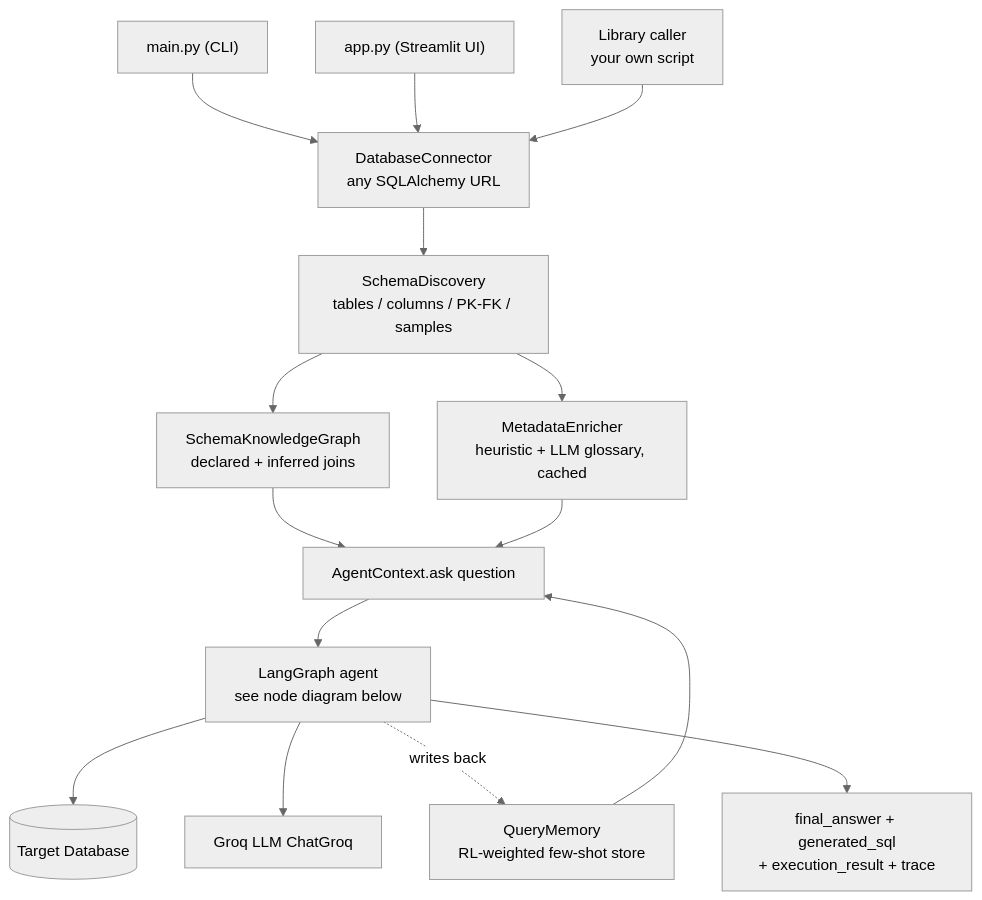
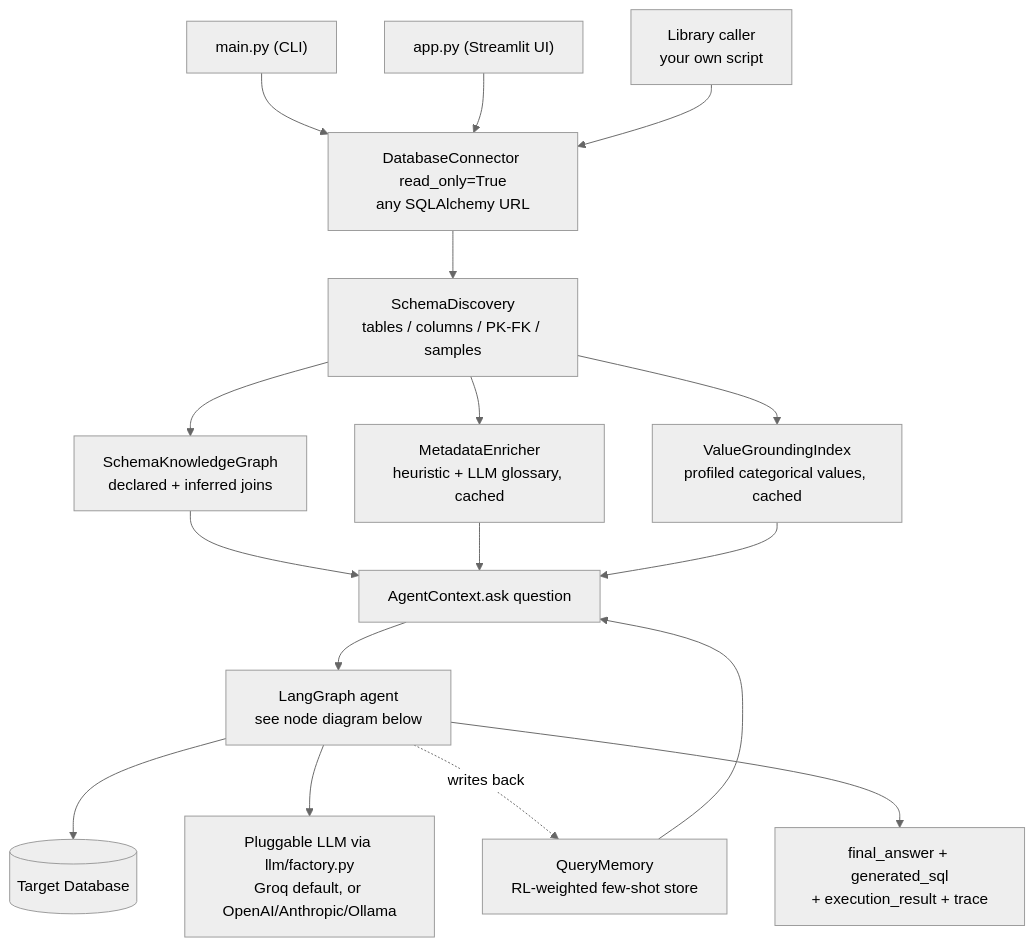
Before and after one commit to subrata-samanta/universal-text2sql: the first of 3 diagrams in README.md, drawn with Mermaid (neutral theme). The commit also changed other lines of this file and 4 other files, not shown here.

````diff
--- a/README.md
+++ b/README.md
@@ -78,24 +87,26 @@
 ```mermaid
 flowchart TB
     CLI["main.py (CLI)"]
     UI["app.py (Streamlit UI)"]
     LIB["Library caller<br/>your own script"]
 
     CLI --> CONN
     UI --> CONN
     LIB --> CONN
 
-    CONN["DatabaseConnector<br/>any SQLAlchemy URL"] --> DISC["SchemaDiscovery<br/>tables / columns / PK-FK / samples"]
+    CONN["DatabaseConnector read_only=True<br/>any SQLAlchemy URL"] --> DISC["SchemaDiscovery<br/>tables / columns / PK-FK / samples"]
     DISC --> KG["SchemaKnowledgeGraph<br/>declared + inferred joins"]
     DISC --> META["MetadataEnricher<br/>heuristic + LLM glossary, cached"]
+    DISC --> GROUND["ValueGroundingIndex<br/>profiled categorical values, cached"]
     MEM["QueryMemory<br/>RL-weighted few-shot store"]
 
     KG --> CTX["AgentContext.ask question"]
     META --> CTX
+    GROUND --> CTX
     MEM --> CTX
     CTX --> GRAPH["LangGraph agent<br/>see node diagram below"]
     GRAPH --> DB[("Target Database")]
-    GRAPH --> LLMBOX["Groq LLM ChatGroq"]
+    GRAPH --> LLMBOX["Pluggable LLM via llm/factory.py<br/>Groq default, or OpenAI/Anthropic/Ollama"]
     GRAPH -. writes back .-> MEM
     GRAPH --> ANSWER["final_answer + generated_sql<br/>+ execution_result + trace"]
 ```
````
